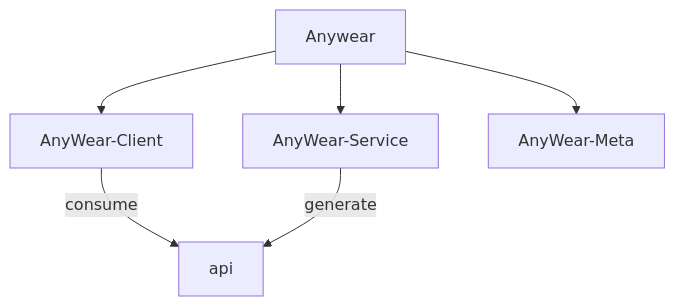
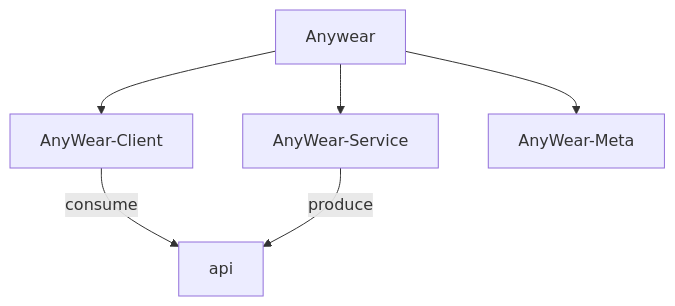
One commit to git-malu/AnyWear-E2E changed the diagram in AGENTS.md. Above: the diagram before and after it, drawn with Mermaid. The commit also changed other lines of this file, not shown here.

````diff
--- a/AGENTS.md
+++ b/AGENTS.md
@@ -18,8 +18,8 @@
 ```mermaid
 graph TD
     Anywear --> AnyWear-Client 
     Anywear --> AnyWear-Service
     Anywear --> AnyWear-Meta
     AnyWear-Client --> |consume| api
-    AnyWear-Service --> |generate| api
+    AnyWear-Service --> |produce| api
 ```
````
